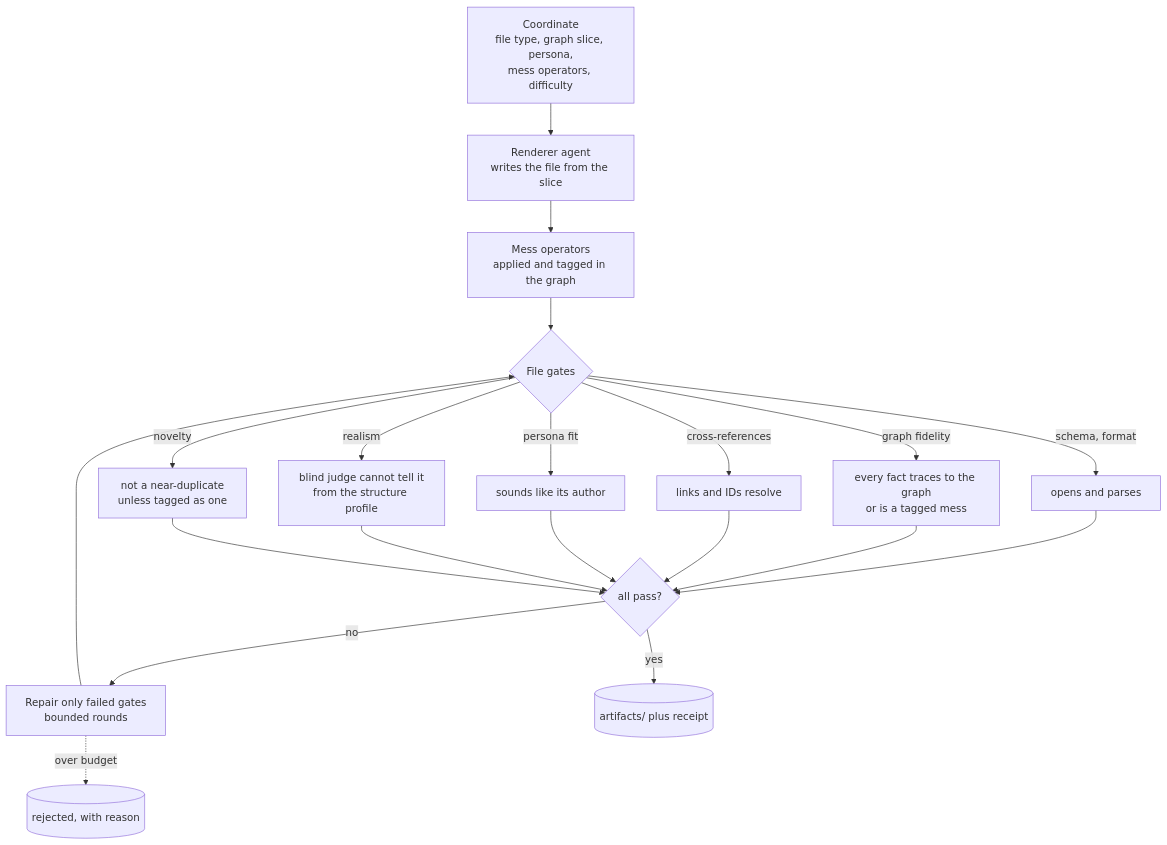
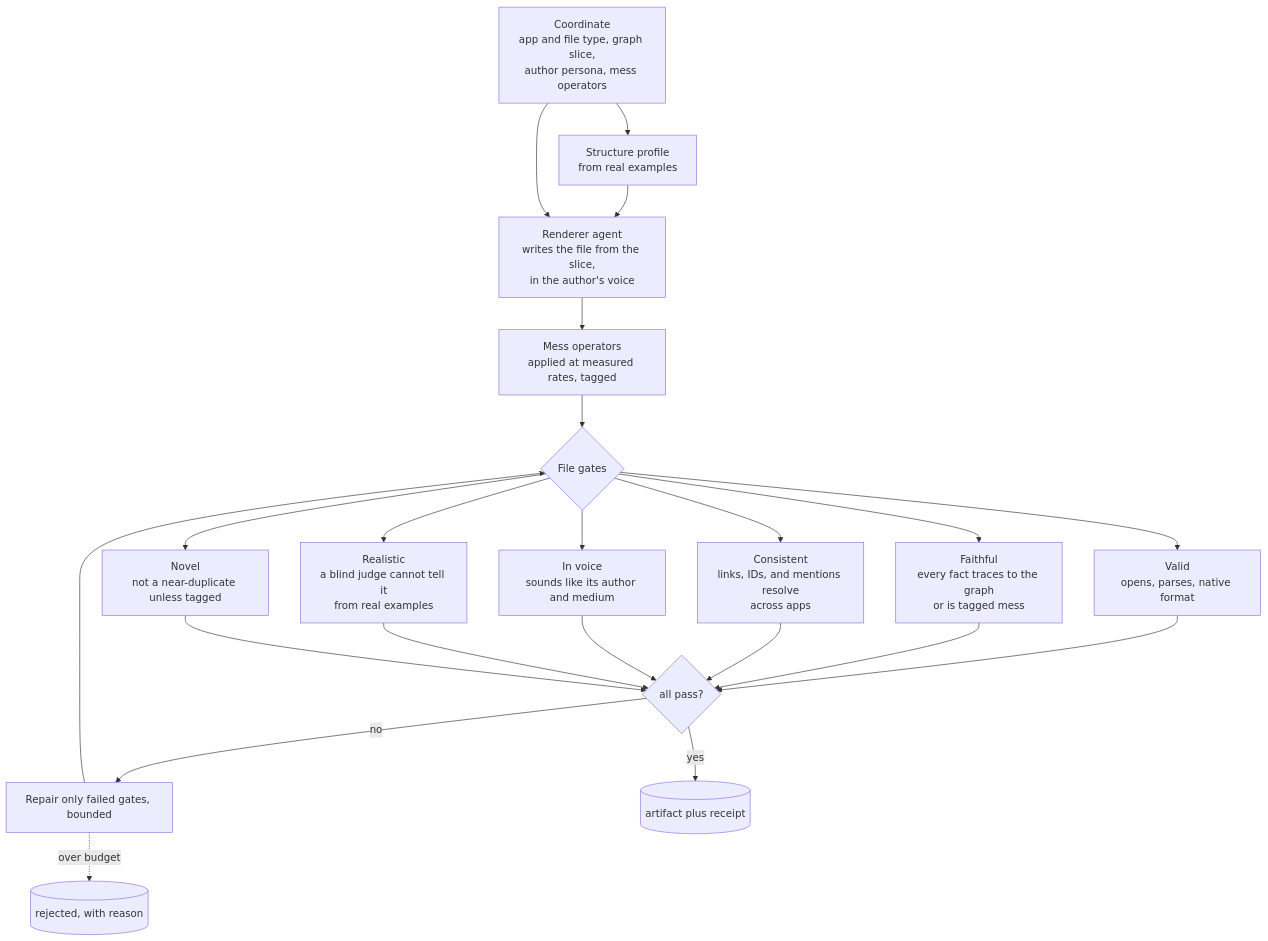
One commit to nbdesai1992/orbifex changed the fifth of 17 diagrams in README.md. Above: the diagram before and after it, drawn with Mermaid. The commit also changed other lines of this file, not shown here.

````diff
--- a/README.md
+++ b/README.md
@@ -186,16 +216,18 @@
 ```mermaid
 flowchart TD
-  C["Coordinate<br/>file type, graph slice, persona,<br/>mess operators, difficulty"] --> R["Renderer agent<br/>writes the file from the slice"]
-  R --> M["Mess operators<br/>applied and tagged in the graph"]
+  C["Coordinate<br/>app and file type, graph slice,<br/>author persona, mess operators"] --> SP["Structure profile<br/>from real examples"]
+  SP --> R["Renderer agent<br/>writes the file from the slice,<br/>in the author's voice"]
+  C --> R
+  R --> M["Mess operators<br/>applied at measured rates, tagged"]
   M --> GATES{"File gates"}
-  GATES -- "schema, format" --> G1["opens and parses"]
-  GATES -- "graph fidelity" --> G2["every fact traces to the graph<br/>or is a tagged mess"]
-  GATES -- "cross-references" --> G3["links and IDs resolve"]
-  GATES -- "persona fit" --> G4["sounds like its author"]
-  GATES -- "realism" --> G5["blind judge cannot tell it<br/>from the structure profile"]
-  GATES -- "novelty" --> G6["not a near-duplicate<br/>unless tagged as one"]
+  GATES --> G1["Valid<br/>opens, parses, native format"]
+  GATES --> G2["Faithful<br/>every fact traces to the graph<br/>or is tagged mess"]
+  GATES --> G3["Consistent<br/>links, IDs, and mentions resolve<br/>across apps"]
+  GATES --> G4["In voice<br/>sounds like its author and medium"]
+  GATES --> G5["Realistic<br/>a blind judge cannot tell it<br/>from real examples"]
+  GATES --> G6["Novel<br/>not a near-duplicate unless tagged"]
   G1 & G2 & G3 & G4 & G5 & G6 --> D{"all pass?"}
-  D -- no --> FIX["Repair only failed gates<br/>bounded rounds"] --> GATES
-  D -- "yes" --> OUT[("artifacts/ plus receipt")]
+  D -- no --> FIX["Repair only failed gates, bounded"] --> GATES
+  D -- yes --> OUT[("artifact plus receipt")]
   FIX -. "over budget" .-> REJ[("rejected, with reason")]
 ```
````
